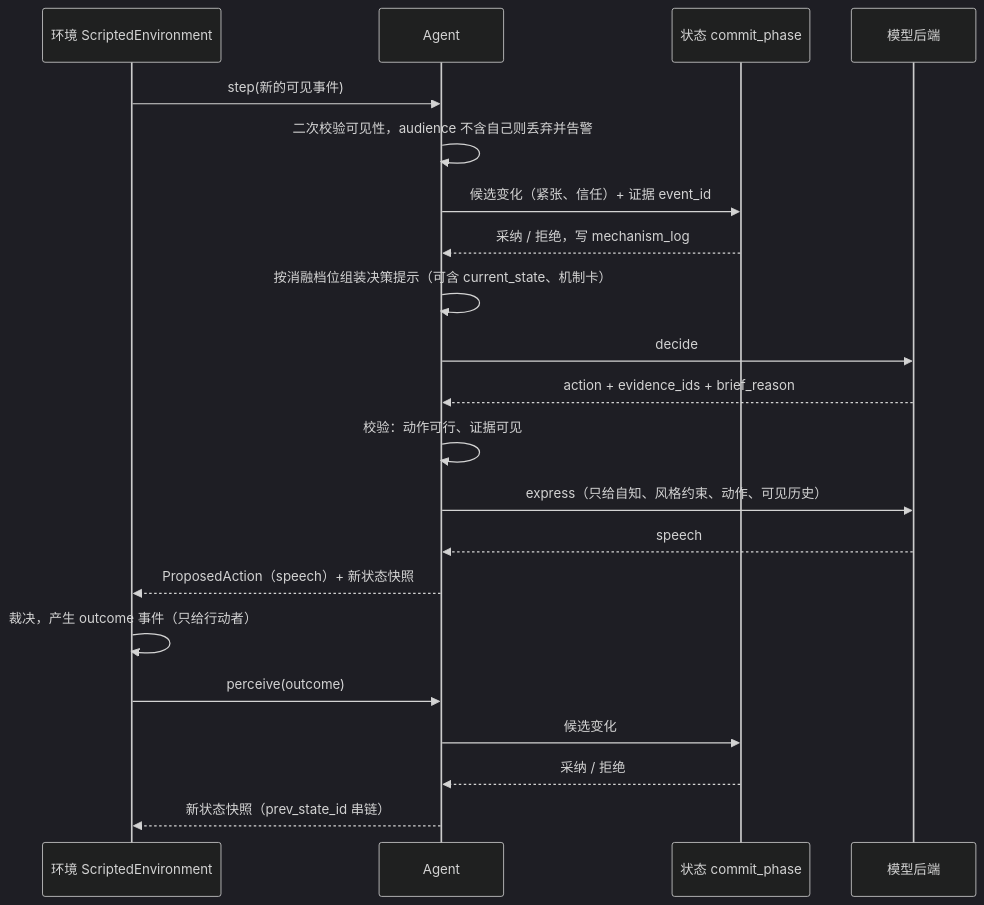
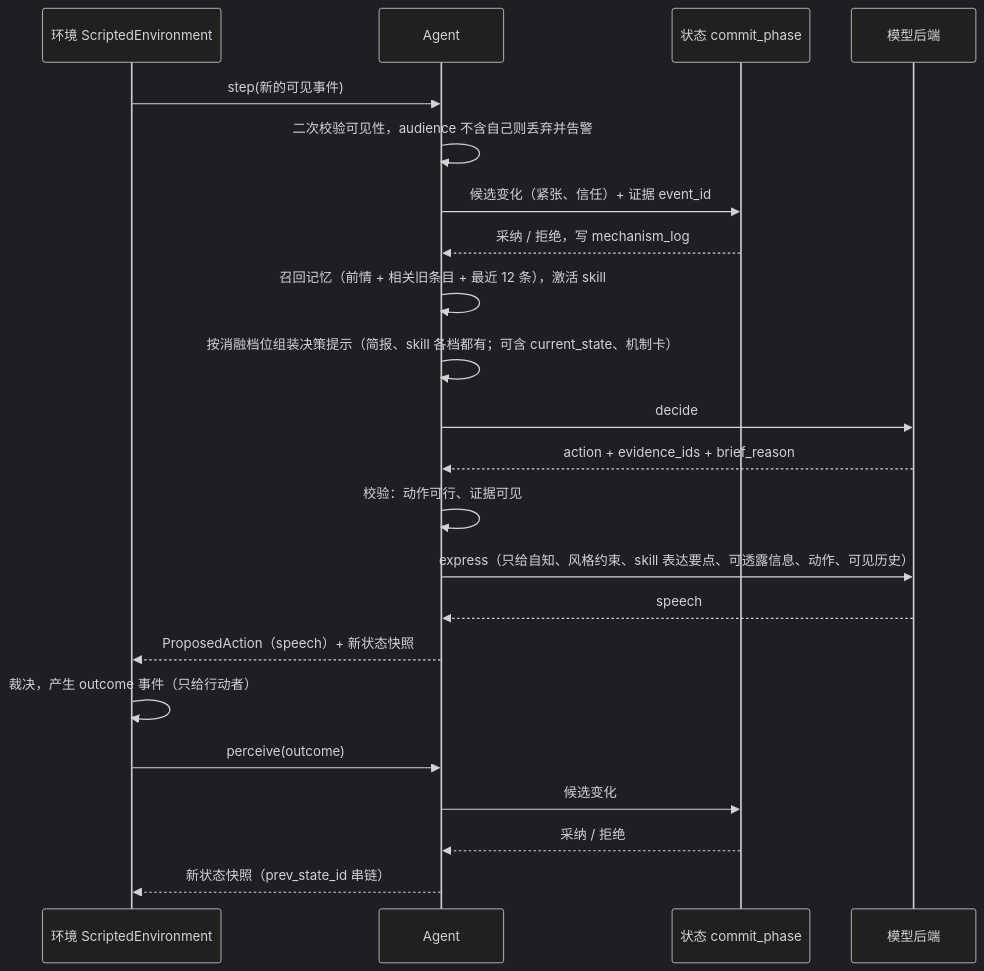
One commit to piersalei/RoleSimulationFramework changed the second of 5 diagrams in docs/07-architecture.md. Above: the diagram before and after it, drawn with Mermaid (dark theme). The commit also changed other lines of this file and 5 other files, not shown here.

Commit message:
docs: skills survey and route decision, timeline/interruption design, phase D plan

````diff
--- a/docs/07-architecture.md
+++ b/docs/07-architecture.md
@@ -80,24 +95,25 @@
 ```mermaid
 sequenceDiagram
   participant E as 环境 ScriptedEnvironment
   participant A as Agent
   participant S as 状态 commit_phase
   participant M as 模型后端
 
   E->>A: step(新的可见事件)
   A->>A: 二次校验可见性，audience 不含自己则丢弃并告警
   A->>S: 候选变化（紧张、信任）+ 证据 event_id
   S-->>A: 采纳 / 拒绝，写 mechanism_log
-  A->>A: 按消融档位组装决策提示（可含 current_state、机制卡）
+  A->>A: 召回记忆（前情 + 相关旧条目 + 最近 12 条），激活 skill
+  A->>A: 按消融档位组装决策提示（简报、skill 各档都有；可含 current_state、机制卡）
   A->>M: decide
   M-->>A: action + evidence_ids + brief_reason
   A->>A: 校验：动作可行、证据可见
-  A->>M: express（只给自知、风格约束、动作、可见历史）
+  A->>M: express（只给自知、风格约束、skill 表达要点、可透露信息、动作、可见历史）
   M-->>A: speech
   A-->>E: ProposedAction（speech）+ 新状态快照
   E->>E: 裁决，产生 outcome 事件（只给行动者）
   E->>A: perceive(outcome)
   A->>S: 候选变化
   S-->>A: 采纳 / 拒绝
   A-->>E: 新状态快照（prev_state_id 串链）
 ```
````
